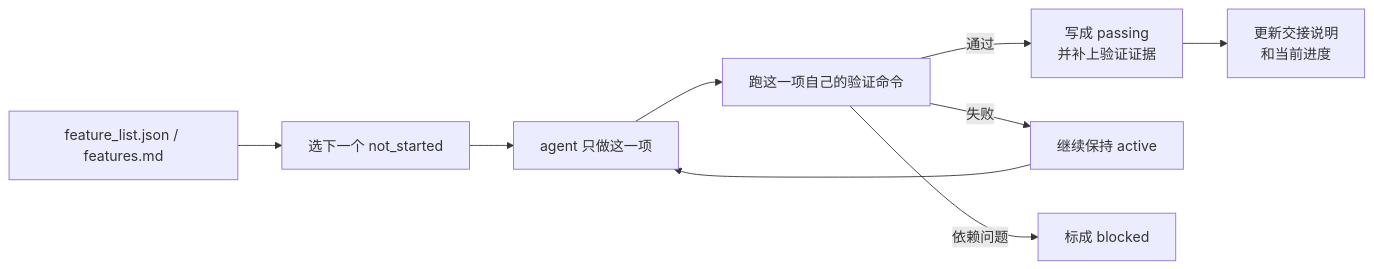
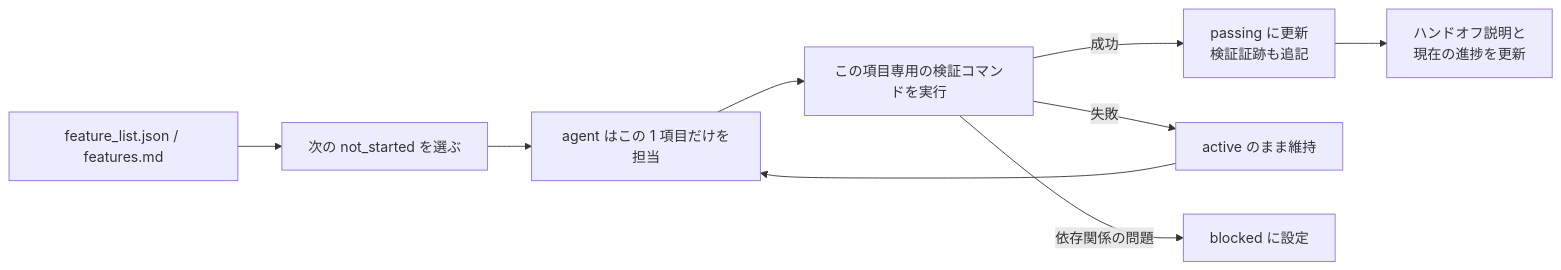
One commit to mkusaka/learn-harness-engineering changed the second of 2 diagrams in docs/zh/lectures/lecture-08-why-feature-lists-are-harness-primitives/index.md. Above: the diagram before and after it, drawn with Mermaid. The commit also changed other lines of this file and 571 other files, not shown here.

````diff
--- a/docs/zh/lectures/lecture-08-why-feature-lists-are-harness-primitives/index.md
+++ b/docs/zh/lectures/lecture-08-why-feature-lists-are-harness-primitives/index.md
@@ -43,11 +43,11 @@
 ```mermaid
 flowchart LR
-    List["feature_list.json / features.md"] --> Scheduler["选下一个 not_started"]
-    Scheduler --> Agent["agent 只做这一项"]
-    Agent --> Verifier["跑这一项自己的验证命令"]
-    Verifier -->|通过| Passing["写成 passing<br/>并补上验证证据"]
-    Verifier -->|失败| Active["继续保持 active"]
-    Verifier -->|依赖问题| Blocked["标成 blocked"]
-    Passing --> Handoff["更新交接说明<br/>和当前进度"]
+    List["feature_list.json / features.md"] --> Scheduler["次の not_started を選ぶ"]
+    Scheduler --> Agent["agent はこの 1 項目だけを担当"]
+    Agent --> Verifier["この項目専用の検証コマンドを実行"]
+    Verifier -->|成功| Passing["passing に更新<br/>検証証跡も追記"]
+    Verifier -->|失敗| Active["active のまま維持"]
+    Verifier -->|依存関係の問題| Blocked["blocked に設定"]
+    Passing --> Handoff["ハンドオフ説明と<br/>現在の進捗を更新"]
     Active --> Agent
 ```
````
